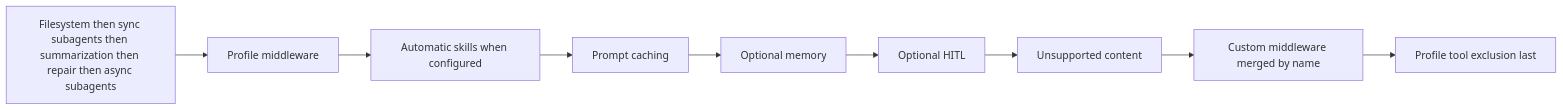
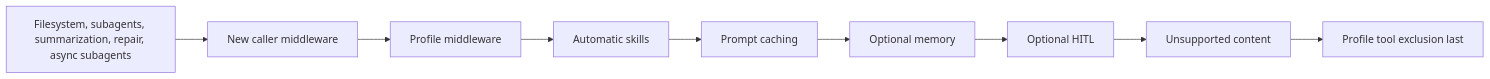
One commit to langchain-ai/deepagents changed the third of 3 diagrams in openwiki/concepts/middleware-catalog.md. Above: the diagram before and after it, drawn with Mermaid. The commit also changed other lines of this file and 67 other files, not shown here.

````diff
--- a/openwiki/concepts/middleware-catalog.md
+++ b/openwiki/concepts/middleware-catalog.md
@@ -93,11 +126,11 @@
 ```mermaid
 flowchart LR
-    Core["Filesystem then sync subagents then summarization then repair then async subagents"] --> Profile["Profile middleware"]
-    Profile --> Skills["Automatic skills when configured"]
+    Core["Filesystem, subagents, summarization, repair, async subagents"] --> Custom["New caller middleware"]
+    Custom --> Profile["Profile middleware"]
+    Profile --> Skills["Automatic skills"]
     Skills --> Cache["Prompt caching"]
     Cache --> Memory["Optional memory"]
     Memory --> Hitl["Optional HITL"]
     Hitl --> Content["Unsupported content"]
-    Content --> Custom["Custom middleware merged by name"]
-    Custom --> Filter["Profile tool exclusion last"]
+    Content --> Filter["Profile tool exclusion last"]
 ```
````
